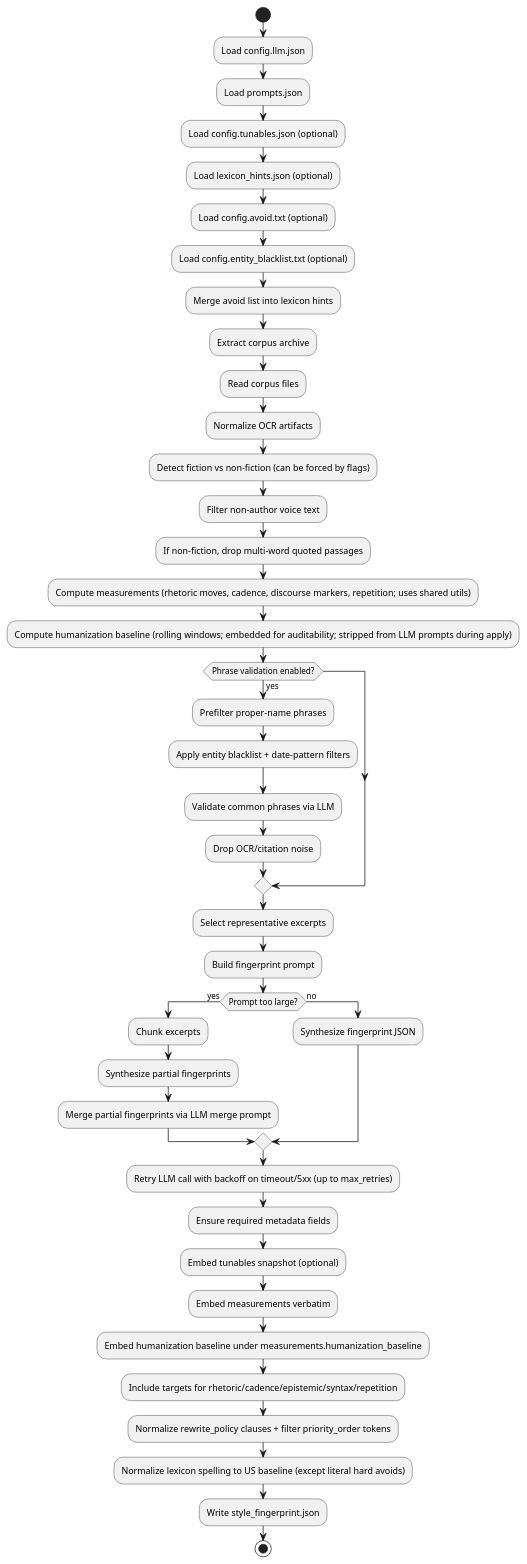
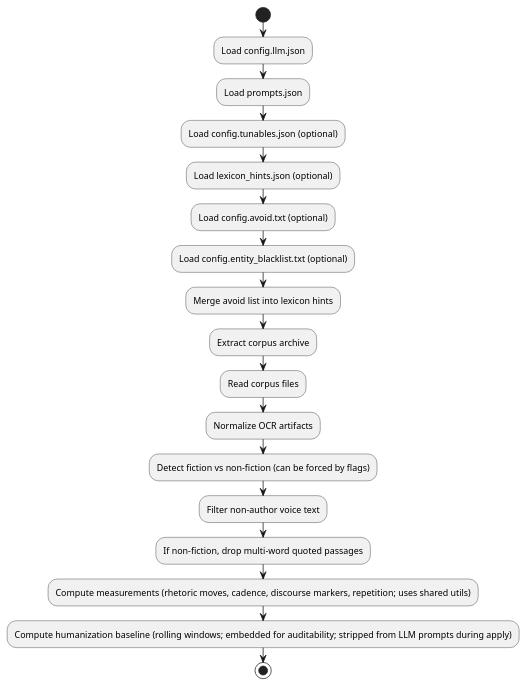
Before and after one commit to ngpepin/stylometric-transfer: the second of 5 diagrams in UML-Fingerprint.md, drawn with PlantUML. The commit also changed 7 other files, not shown here.

````diff
--- a/UML-Fingerprint.md
+++ b/UML-Fingerprint.md
@@ -98,51 +101,21 @@
 ```plantuml
 @startuml
 start
 :Load config.llm.json;
 :Load prompts.json;
 :Load config.tunables.json (optional);
 :Load lexicon_hints.json (optional);
 :Load config.avoid.txt (optional);
 :Load config.entity_blacklist.txt (optional);
 :Merge avoid list into lexicon hints;
 
 :Extract corpus archive;
 :Read corpus files;
 :Normalize OCR artifacts;
 :Detect fiction vs non-fiction (can be forced by flags);
 :Filter non-author voice text;
 :If non-fiction, drop multi-word quoted passages;
 :Compute measurements (rhetoric moves, cadence, discourse markers, repetition; uses shared utils);
 :Compute humanization baseline (rolling windows; embedded for auditability; stripped from LLM prompts during apply);
-
-if (Phrase validation enabled?) then (yes)
-  :Prefilter proper-name phrases;
-  :Apply entity blacklist + date-pattern filters;
-  :Validate common phrases via LLM;
-  :Drop OCR/citation noise;
-endif
-
-:Select representative excerpts;
-:Build fingerprint prompt;
-
-if (Prompt too large?) then (yes)
-  :Chunk excerpts;
-  :Synthesize partial fingerprints;
-  :Merge partial fingerprints via LLM merge prompt;
-else (no)
-  :Synthesize fingerprint JSON;
-endif
-
-:Retry LLM call with backoff on timeout/5xx (up to max_retries);
-
-:Ensure required metadata fields;
-:Embed tunables snapshot (optional);
-:Embed measurements verbatim;
-:Embed humanization baseline under measurements.humanization_baseline;
-:Include targets for rhetoric/cadence/epistemic/syntax/repetition;
-:Normalize rewrite_policy clauses + filter priority_order tokens;
-:Normalize lexicon spelling to US baseline (except literal hard avoids);
-:Write style_fingerprint.json;
 stop
-@enduml
 ```
````
